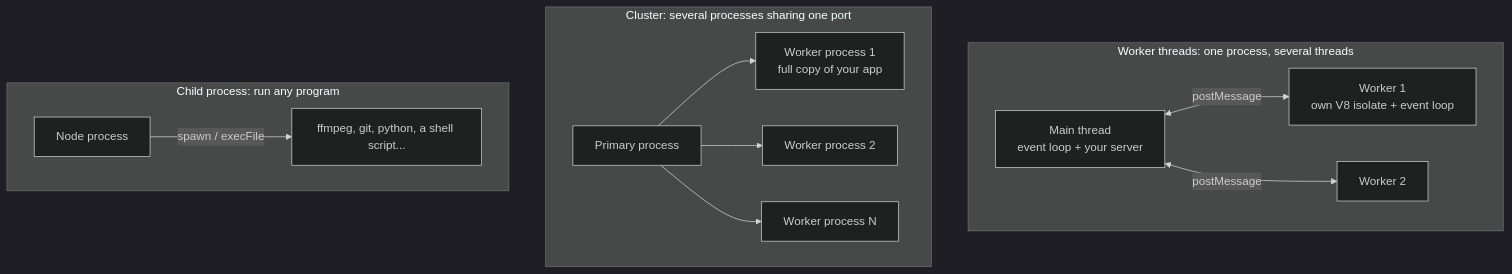
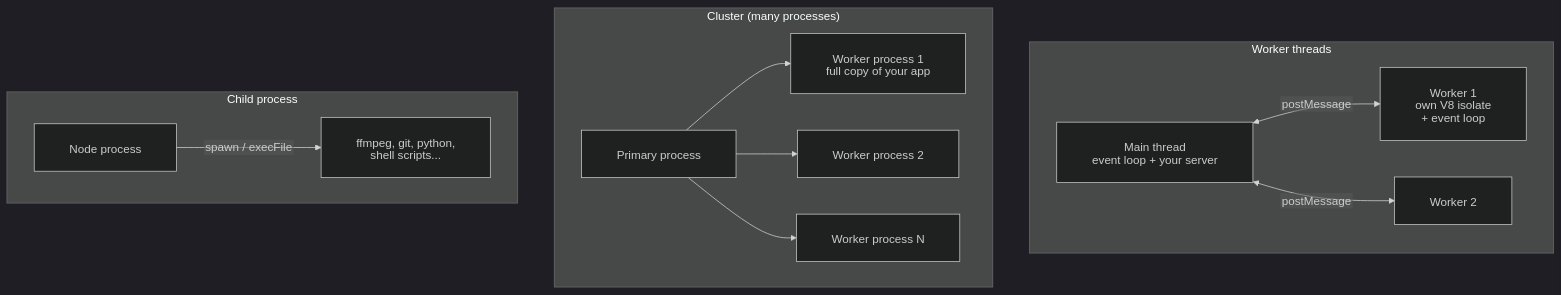
One commit to renatolinsdigital/nodejs-quickstart changed diagram 14 of 26 in README.md. Above: the diagram before and after it, drawn with Mermaid (dark theme). The commit also changed other lines of this file, not shown here.

First line of the commit message:
renames guide to Understanding Node.js Well and fixes clipped diagram labels

````diff
--- a/README.md
+++ b/README.md
@@ -1327,15 +1337,16 @@
 ```mermaid
+%%{init: {"htmlLabels": false, "flowchart": {"htmlLabels": false, "wrappingWidth": 400, "padding": 24}}}%%
 flowchart TB
-    subgraph WT["Worker threads: one process, several threads"]
-        MAIN["Main thread<br/>event loop + your server"] <-- "postMessage" --> W1["Worker 1<br/>own V8 isolate + event loop"]
+    subgraph WT["Worker threads"]
+        MAIN["Main thread<br/>event loop + your server"] <-- "postMessage" --> W1["Worker 1<br/>own V8 isolate<br/>+ event loop"]
         MAIN <-- "postMessage" --> W2["Worker 2"]
     end
-    subgraph CL["Cluster: several processes sharing one port"]
+    subgraph CL["Cluster (many processes)"]
         PRIMARY["Primary process"] --> P1["Worker process 1<br/>full copy of your app"]
         PRIMARY --> P2["Worker process 2"]
         PRIMARY --> P3["Worker process N"]
     end
-    subgraph CP["Child process: run any program"]
-        NODEP["Node process"] -- "spawn / execFile" --> EXT["ffmpeg, git, python, a shell script..."]
+    subgraph CP["Child process"]
+        NODEP["Node process"] -- "spawn / execFile" --> EXT["ffmpeg, git, python,<br/>shell scripts..."]
     end
 ```
````
